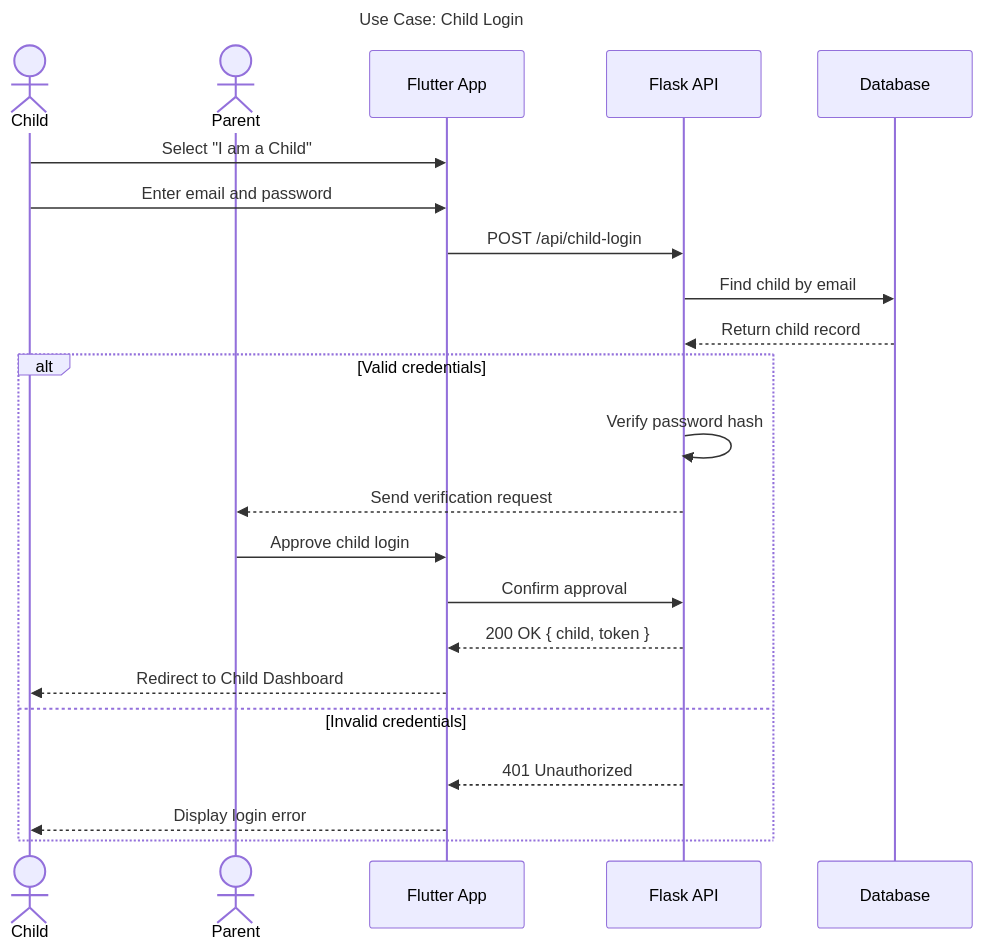
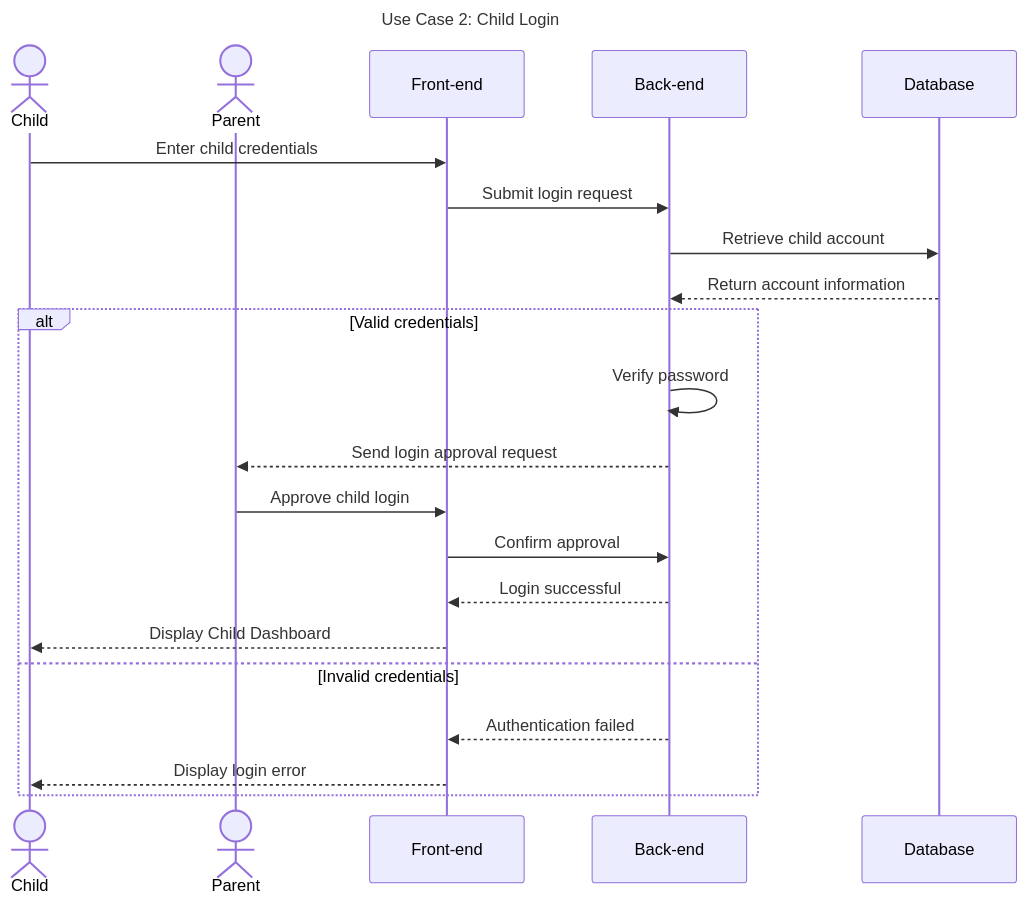
The fourth of 7 diagrams in STAGE3/Asalah_Technical_Documentation.md (Norahxj/HolbertonSchool-Portfolio_Project), drawn with Mermaid before and after one commit. The commit also changed other lines of this file and 2 other files, not shown here.

````diff
--- a/STAGE3/Asalah_Technical_Documentation.md
+++ b/STAGE3/Asalah_Technical_Documentation.md
@@ -442,32 +650,30 @@
 ```mermaid
 sequenceDiagram
-    title Use Case: Child Login
+    title Use Case 2: Child Login
 
     actor Child
     actor Parent
-    participant FlutterApp as Flutter App
-    participant FlaskAPI as Flask API
-    participant Database as Database
+    participant FrontEnd as Front-end
+    participant BackEnd as Back-end
+    participant Database
 
-    Child->>FlutterApp: Select "I am a Child"
-    Child->>FlutterApp: Enter email and password
-    FlutterApp->>FlaskAPI: POST /api/child-login
-
-    FlaskAPI->>Database: Find child by email
-    Database-->>FlaskAPI: Return child record
+    Child->>FrontEnd: Enter child credentials
+    FrontEnd->>BackEnd: Submit login request
+    BackEnd->>Database: Retrieve child account
+    Database-->>BackEnd: Return account information
 
     alt Valid credentials
-        FlaskAPI->>FlaskAPI: Verify password hash
-        FlaskAPI-->>Parent: Send verification request
+        BackEnd->>BackEnd: Verify password
+        BackEnd-->>Parent: Send login approval request
 
-        Parent->>FlutterApp: Approve child login
-        FlutterApp->>FlaskAPI: Confirm approval
+        Parent->>FrontEnd: Approve child login
+        FrontEnd->>BackEnd: Confirm approval
 
-        FlaskAPI-->>FlutterApp: 200 OK { child, token }
-        FlutterApp-->>Child: Redirect to Child Dashboard
+        BackEnd-->>FrontEnd: Login successful
+        FrontEnd-->>Child: Display Child Dashboard
 
     else Invalid credentials
-        FlaskAPI-->>FlutterApp: 401 Unauthorized
-        FlutterApp-->>Child: Display login error
+        BackEnd-->>FrontEnd: Authentication failed
+        FrontEnd-->>Child: Display login error
     end
 ```
````
